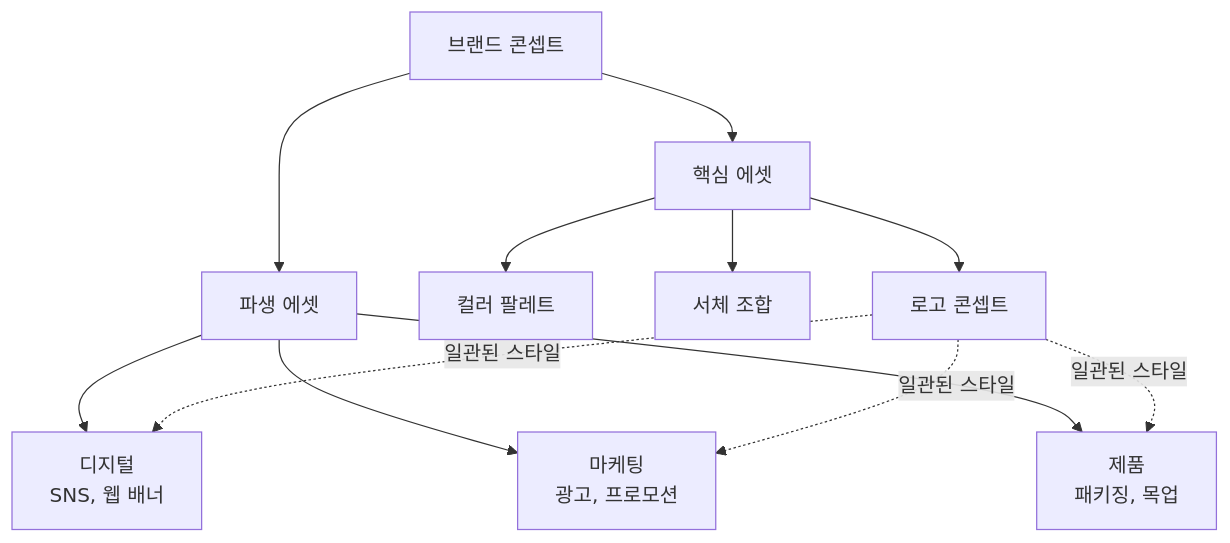
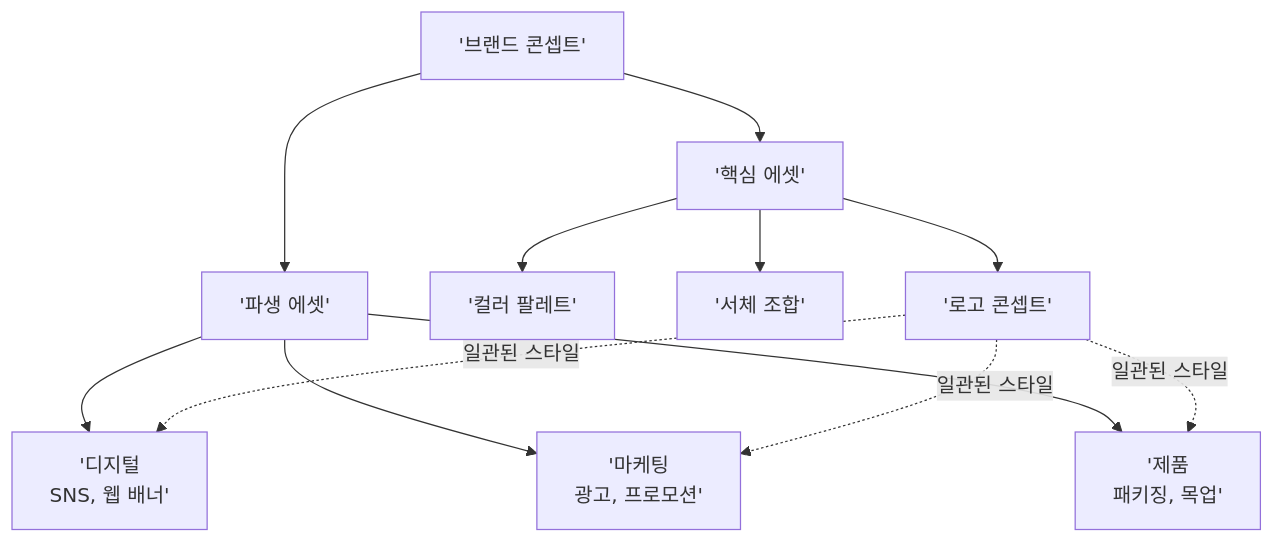
The first of 3 diagrams in 12-ch12-실전-포트폴리오-프로젝트/02-02-브랜드-비주얼-에셋-프로젝트.md (jsonpassion/forge-tutorial-promptcanvas), drawn with Mermaid before and after one commit. The commit also changed other lines of this file and 63 other files, not shown here.

````diff
--- a/12-ch12-실전-포트폴리오-프로젝트/02-02-브랜드-비주얼-에셋-프로젝트.md
+++ b/12-ch12-실전-포트폴리오-프로젝트/02-02-브랜드-비주얼-에셋-프로젝트.md
@@ -45,14 +20,14 @@
 ```mermaid
 graph TD
-    A["브랜드 콘셉트"] --> B["핵심 에셋"]
-    B --> B1["로고 콘셉트"]
-    B --> B2["컬러 팔레트"]
-    B --> B3["서체 조합"]
-    A --> C["파생 에셋"]
-    C --> C1["디지털<br/>SNS, 웹 배너"]
-    C --> C2["마케팅<br/>광고, 프로모션"]
-    C --> C3["제품<br/>패키징, 목업"]
+    A['브랜드 콘셉트'] --> B['핵심 에셋']
+    B --> B1['로고 콘셉트']
+    B --> B2['컬러 팔레트']
+    B --> B3['서체 조합']
+    A --> C['파생 에셋']
+    C --> C1['디지털<br/>SNS, 웹 배너']
+    C --> C2['마케팅<br/>광고, 프로모션']
+    C --> C3['제품<br/>패키징, 목업']
     B1 -.->|일관된 스타일| C1
     B1 -.->|일관된 스타일| C2
     B1 -.->|일관된 스타일| C3
 ```
````
